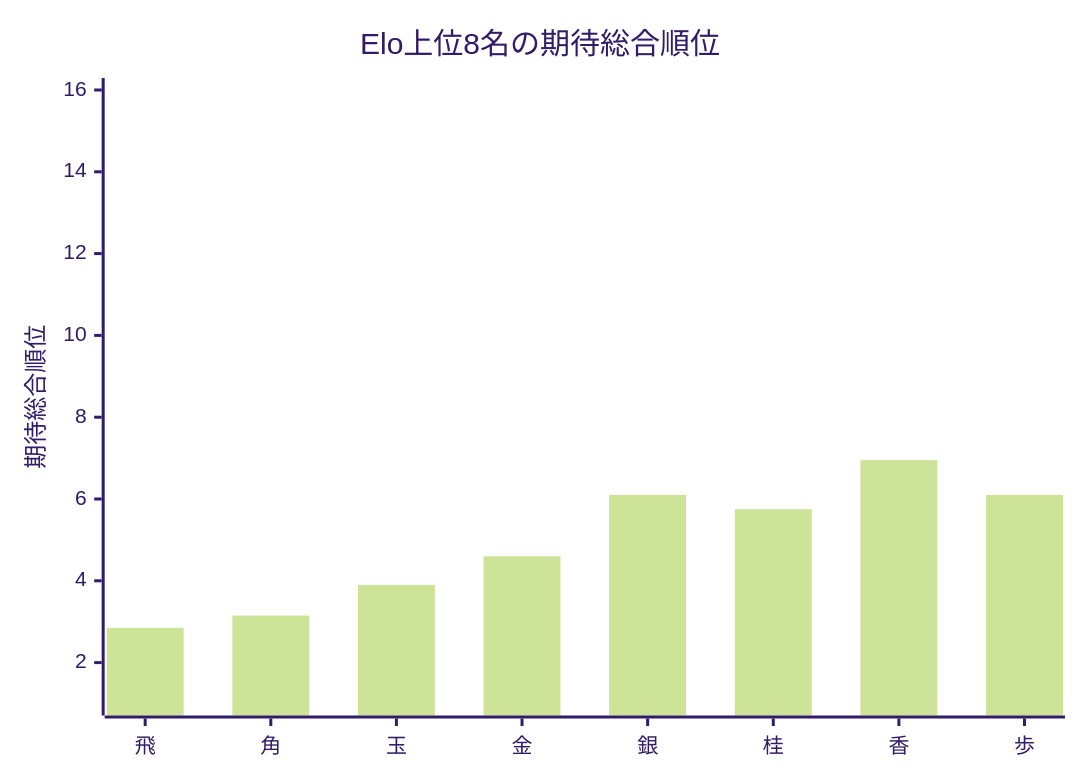
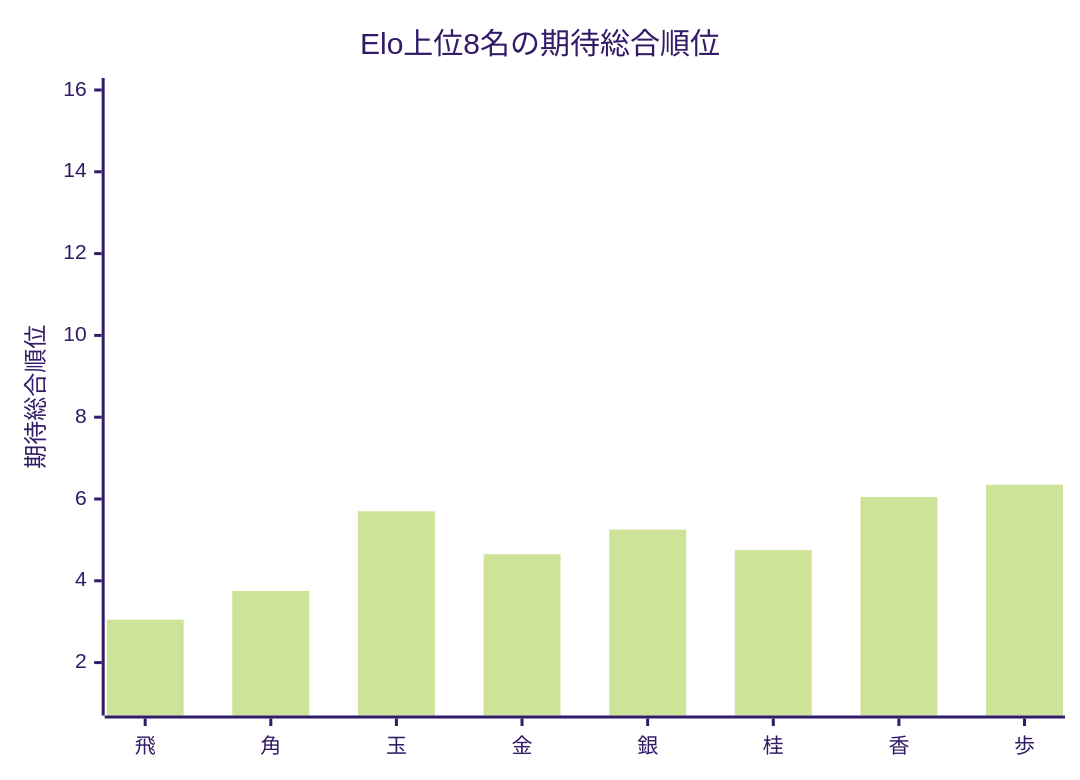
One commit to muzudho/ShogiTournamentSystemAnalyzer changed the first of 2 diagrams in Output/TournamentQualityEvaluator/TournamentQualityReport/Summary/[先手8x後手8]_[Neutral_Single10_STSAInput4_smoke]_quality_summary.md. Above: the diagram before and after it, drawn with Mermaid (forest theme). The commit also changed other lines of this file and 21 other files, not shown here.

````diff
--- a/Output/TournamentQualityEvaluator/TournamentQualityReport/Summary/[先手8x後手8]_[Neutral_Single10_STSAInput4_smoke]_quality_summary.md
+++ b/Output/TournamentQualityEvaluator/TournamentQualityReport/Summary/[先手8x後手8]_[Neutral_Single10_STSAInput4_smoke]_quality_summary.md
@@ -43,7 +43,7 @@
 ```mermaid
 xychart-beta
     title "Elo上位8名の期待総合順位"
     x-axis ["飛", "角", "玉", "金", "銀", "桂", "香", "歩"]
     y-axis "期待総合順位" 1 --> 16
-    bar [2.850, 3.150, 3.900, 4.600, 6.100, 5.750, 6.950, 6.100]
+    bar [3.050, 3.750, 5.700, 4.650, 5.250, 4.750, 6.050, 6.350]
 ```
````
